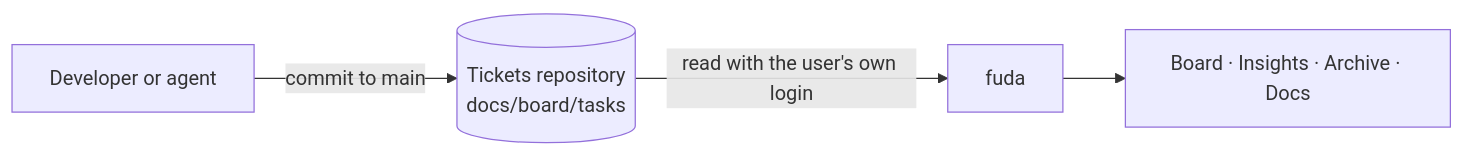
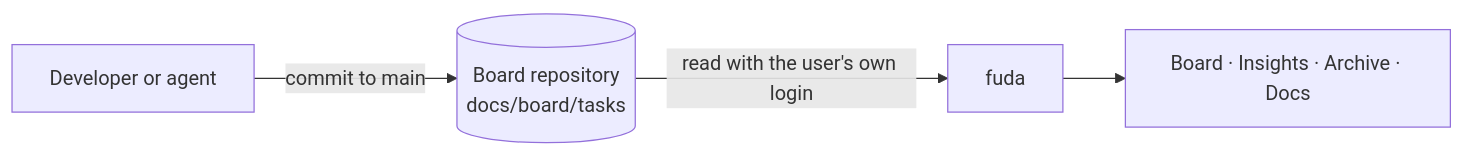
The diagram in api/internal/guide/pages/01-overview.md (milos-sikic-nimbus-tech/fuda), drawn with Mermaid before and after one commit. The commit also changed other lines of this file and 113 other files, not shown here.

First line of the commit message:
Move fuda's own tickets and docs to the fuda-tickets board

````diff
--- a/api/internal/guide/pages/01-overview.md
+++ b/api/internal/guide/pages/01-overview.md
@@ -22,6 +23,6 @@
 ```mermaid
 flowchart LR
-  dev[Developer or agent] -- commit to main --> repo[(Tickets repository<br/>docs/board/tasks)]
+  dev[Developer or agent] -- commit to main --> repo[(Board repository<br/>docs/board/tasks)]
   repo -- read with the user's own login --> fuda[fuda]
   fuda --> board[Board · Insights · Archive · Docs]
 ```
````
